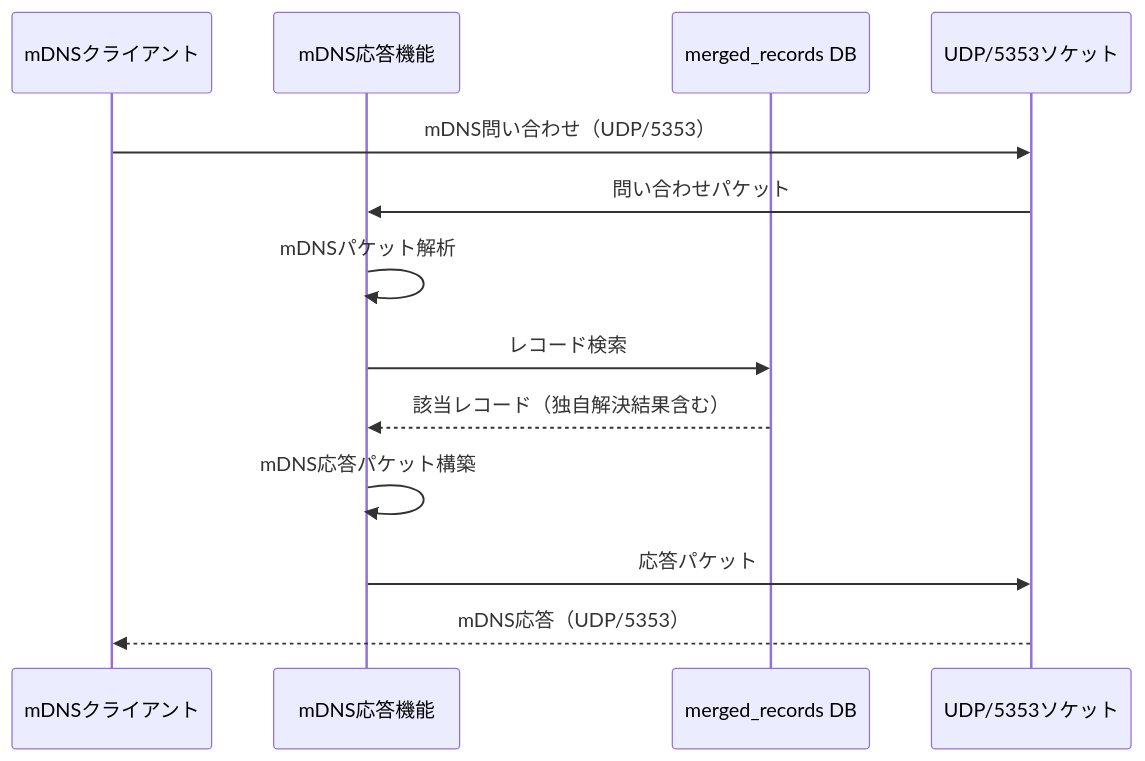
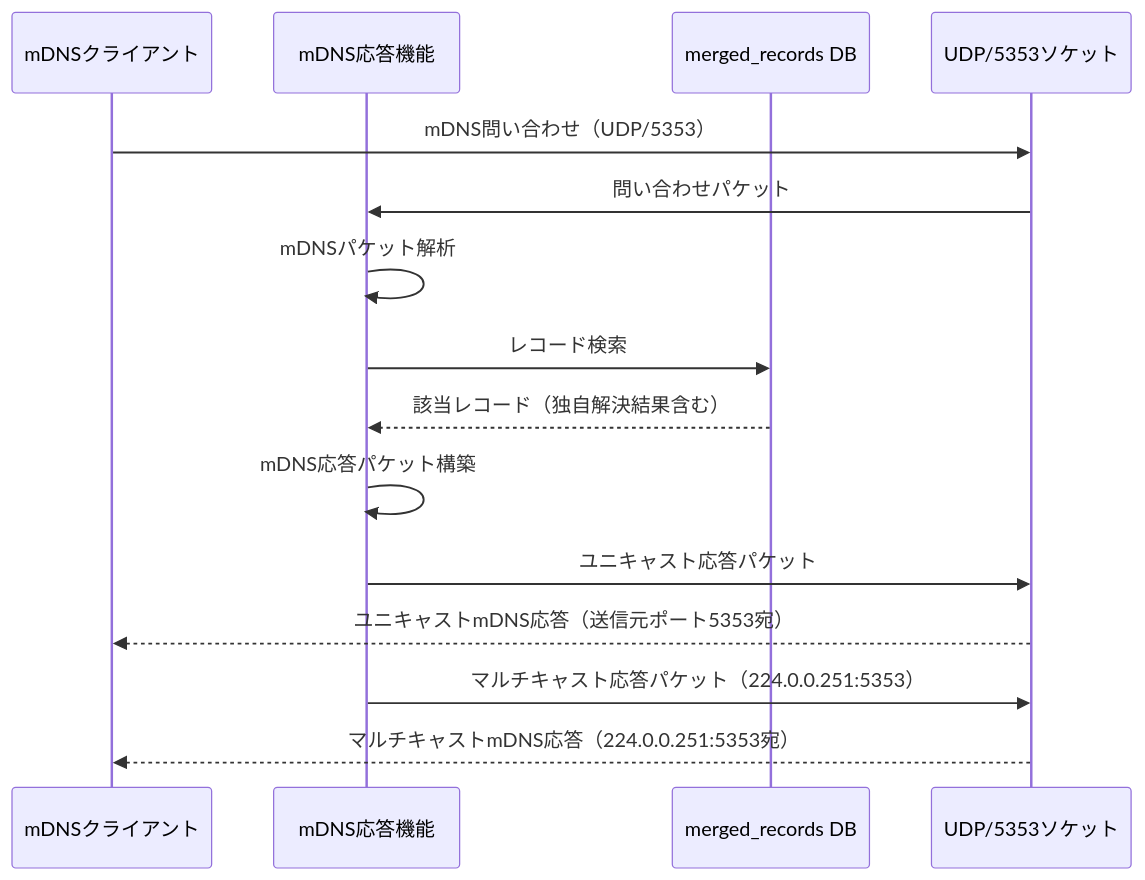
One commit to hiro-gj/mdns_proxy changed the sixth of 10 diagrams in specs/4_詳細設計/4.3_シーケンス図.md. Above: the diagram before and after it, drawn with Mermaid. The commit also changed other lines of this file and 3 other files, not shown here.

````diff
--- a/specs/4_詳細設計/4.3_シーケンス図.md
+++ b/specs/4_詳細設計/4.3_シーケンス図.md
@@ -210,15 +212,17 @@
 ```mermaid
 sequenceDiagram
     participant mdns_client as mDNSクライアント
     participant mdns_server as mDNS応答機能
     participant merged_db as merged_records DB
     participant udp_socket as UDP/5353ソケット
     mdns_client->>udp_socket: mDNS問い合わせ（UDP/5353）
     udp_socket->>mdns_server: 問い合わせパケット
     mdns_server->>mdns_server: mDNSパケット解析
     mdns_server->>merged_db: レコード検索
     merged_db-->>mdns_server: 該当レコード（独自解決結果含む）
     mdns_server->>mdns_server: mDNS応答パケット構築
-    mdns_server->>udp_socket: 応答パケット
-    udp_socket-->>mdns_client: mDNS応答（UDP/5353）
+    mdns_server->>udp_socket: ユニキャスト応答パケット
+    udp_socket-->>mdns_client: ユニキャストmDNS応答（送信元ポート5353宛）
+    mdns_server->>udp_socket: マルチキャスト応答パケット（224.0.0.251:5353）
+    udp_socket-->>mdns_client: マルチキャストmDNS応答（224.0.0.251:5353宛）
 ```
````
